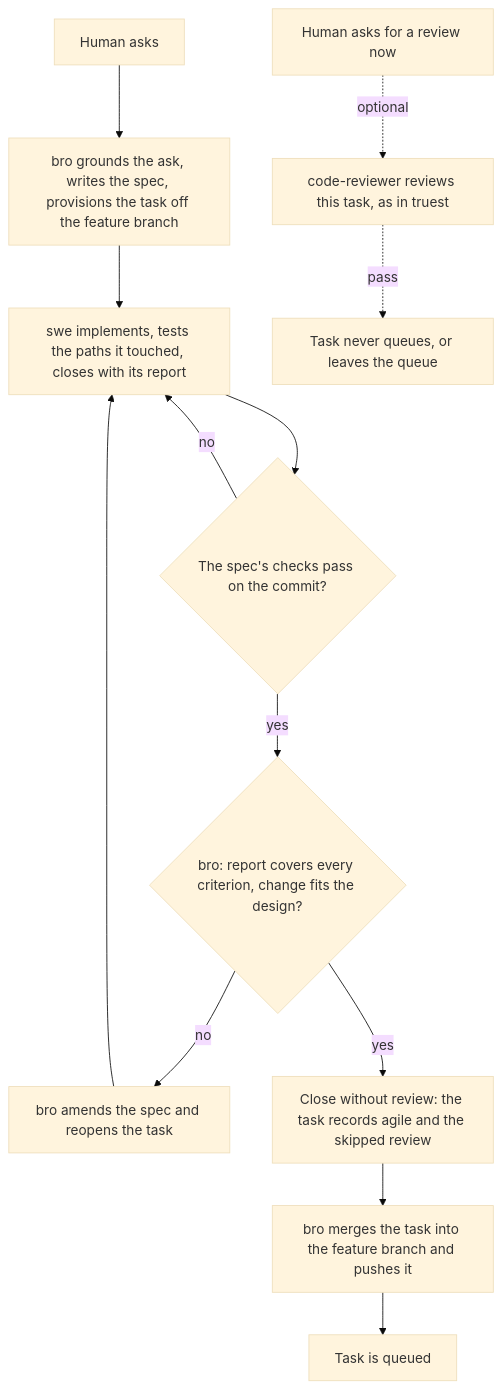
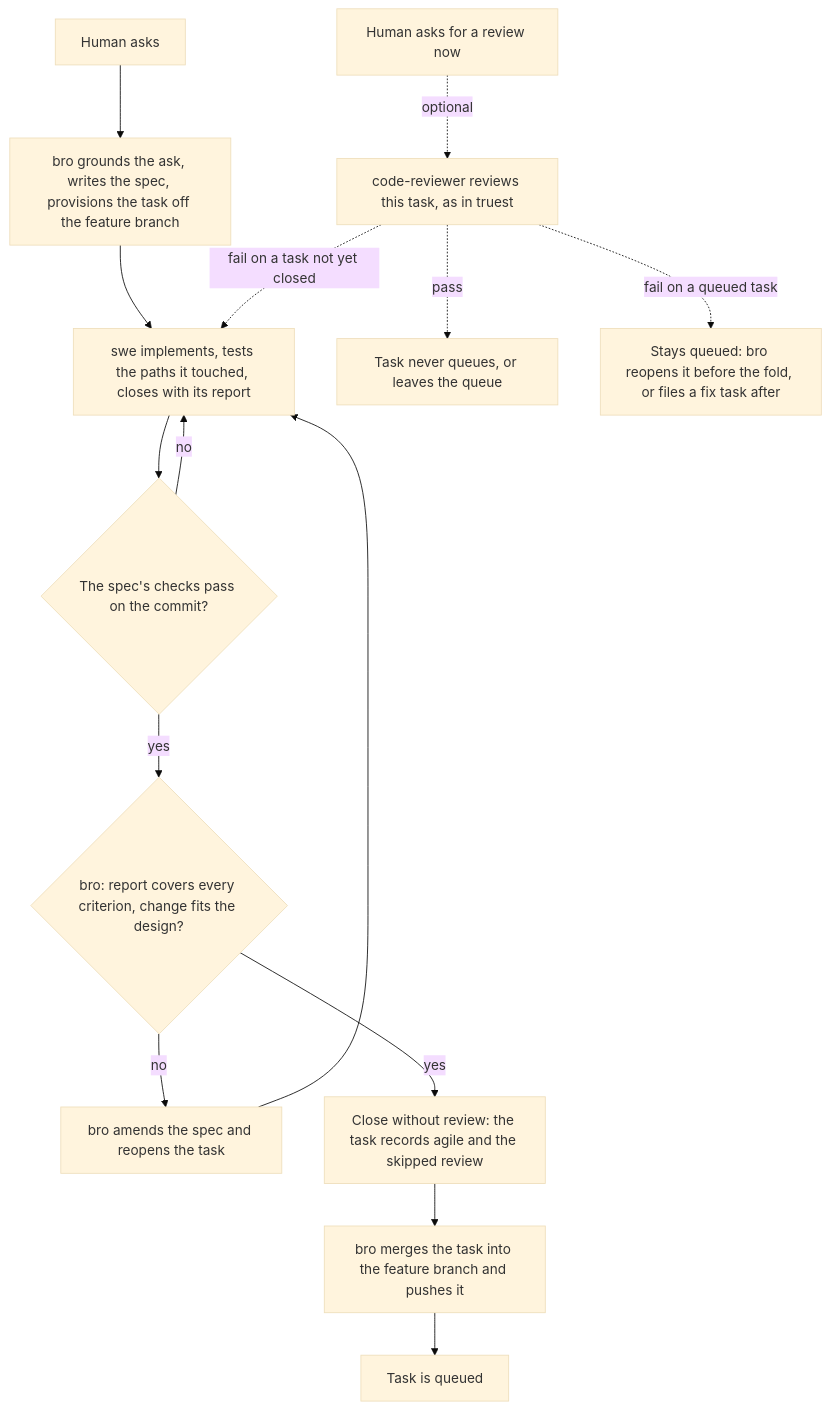
The fourth of 8 diagrams in docs/architecture/AGILE.md (trustmybot/plugin), drawn with Mermaid (base theme) before and after one commit. The commit also changed other lines of this file and 6 other files, not shown here.

First line of the commit message:
📝 docs(schema): planned schema v75 and the task lifecycle it enforces (GH 3224) (#3251)

````diff
--- a/docs/architecture/AGILE.md
+++ b/docs/architecture/AGILE.md
@@ -81,15 +88,17 @@
 ```mermaid
 flowchart TD
     A[Human asks] --> B[bro grounds the ask, writes the spec, provisions the task off the feature branch]
     B --> C[swe implements, tests the paths it touched, closes with its report]
     C --> V{The spec's checks pass on the commit?}
     V -- no --> C
     V -- yes --> E{bro: report covers every criterion, change fits the design?}
     E -- no --> R[bro amends the spec and reopens the task]
     R --> C
     E -- yes --> F[Close without review: the task records agile and the skipped review]
     F --> G[bro merges the task into the feature branch and pushes it]
     G --> Q[Task is queued]
     H[Human asks for a review now] -. optional .-> CR[code-reviewer reviews this task, as in truest]
     CR -. pass .-> X[Task never queues, or leaves the queue]
+    CR -. fail on a task not yet closed .-> C
+    CR -. fail on a queued task .-> RF[Stays queued: bro reopens it before the fold, or files a fix task after]
 ```
````
